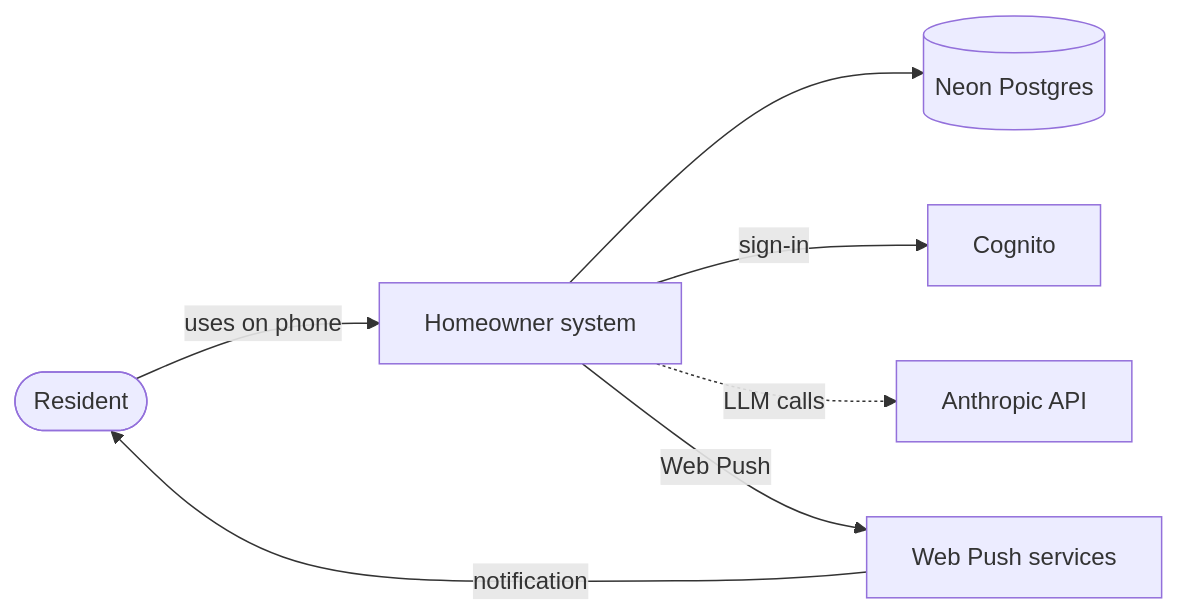
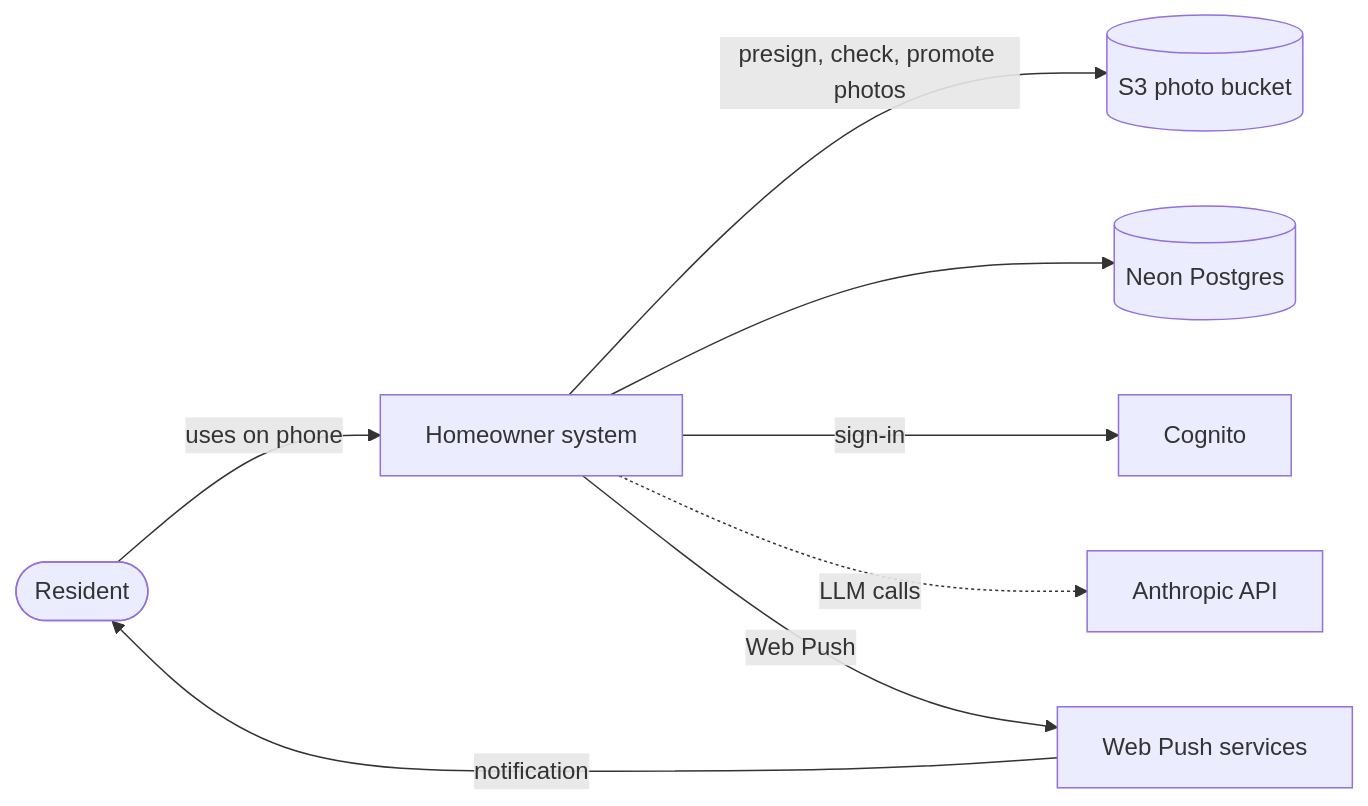
The first of 2 diagrams in docs/architecture/system-context.md (AbnerWillclefy/Homeowner), drawn with Mermaid before and after one commit. The commit also changed other lines of this file and 1 other file, not shown here.

Commit message:
docs(architecture): describe the photo routes, adapter and settings

````diff
--- a/docs/architecture/system-context.md
+++ b/docs/architecture/system-context.md
@@ -9,16 +9,18 @@
 ```mermaid
 flowchart LR
     R([Resident])
     S[Homeowner system]
     N[(Neon Postgres)]
     C[Cognito]
     A[Anthropic API]
     P[Web Push services]
+    B[(S3 photo bucket)]
 
     R -->|uses on phone| S
+    S -->|presign, check, promote photos| B
     S --> N
     S -->|sign-in| C
     S -.->|LLM calls| A
     S -->|Web Push| P
     P -->|notification| R
 ```
````
